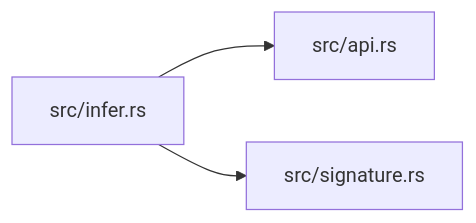
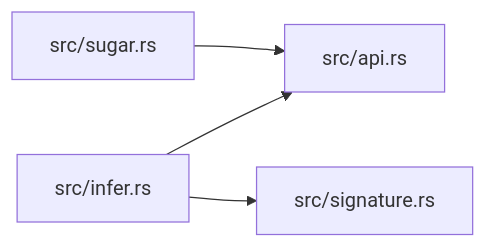
One commit to xcrtp/zela changed the diagram in docs/modules/ze-pod-func.md. Above: the diagram before and after it, drawn with Mermaid. The commit also changed other lines of this file and 44 other files, not shown here.

````diff
--- a/docs/modules/ze-pod-func.md
+++ b/docs/modules/ze-pod-func.md
@@ -29,8 +30,10 @@
 ```mermaid
 graph LR
     f1["src/api.rs"]
     f0["src/infer.rs"]
     f2["src/signature.rs"]
+    f3["src/sugar.rs"]
     f0 --> f1
     f0 --> f2
+    f3 --> f1
 ```
````
